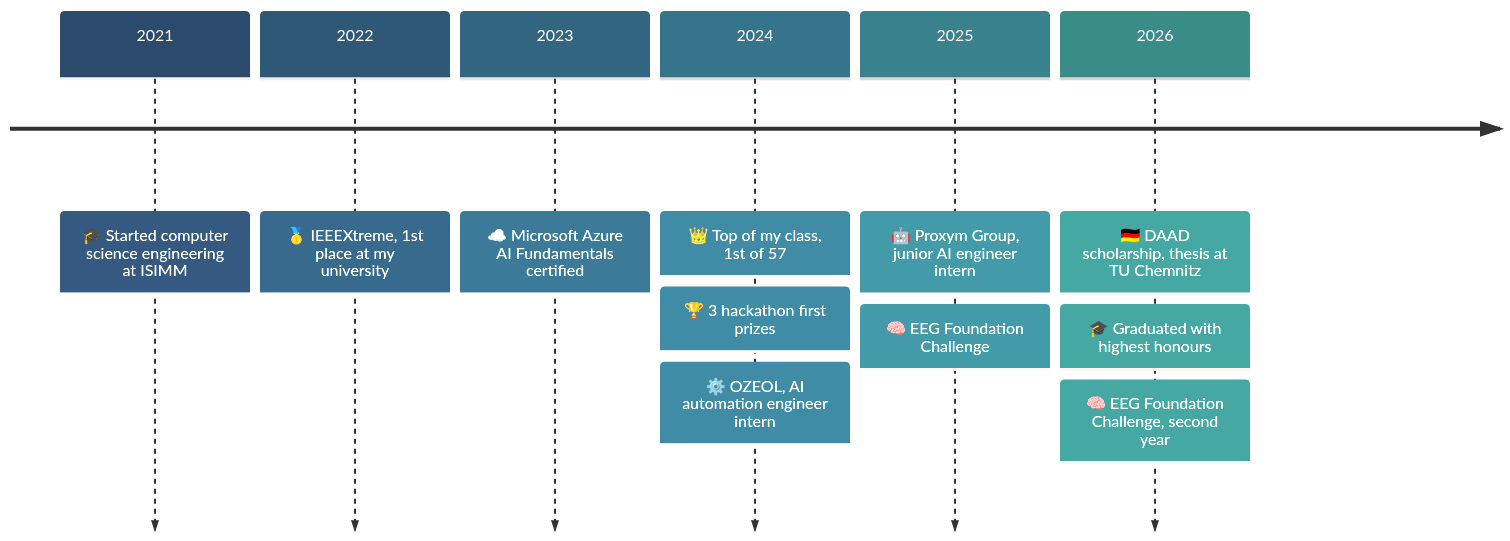
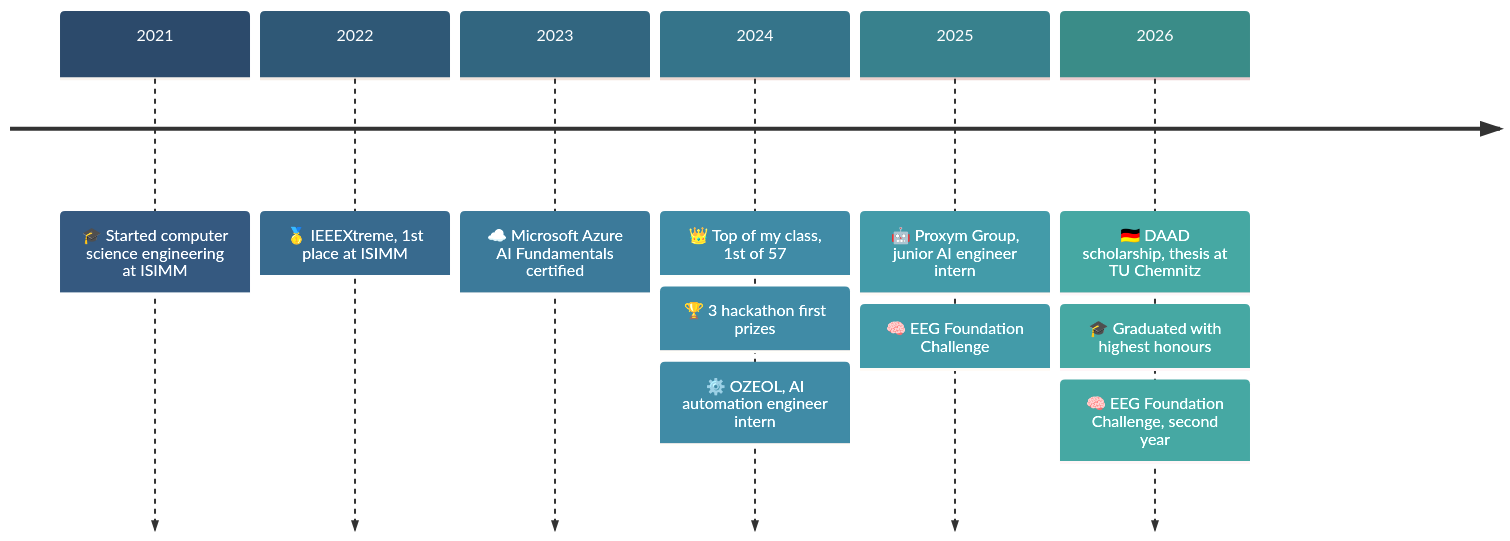
Before and after one commit to Dhia-dbh/Dhia-dbh: the diagram in README.md, drawn with Mermaid. The commit also changed other lines of this file, not shown here.

Commit message:
Update university references in README.md

````diff
--- a/README.md
+++ b/README.md
@@ -25,15 +25,15 @@
 ```mermaid
 %%{init: {'theme': 'base', 'themeVariables': {'cScale0': '#2C4A6B', 'cScaleLabel0': '#ffffff', 'cScale1': '#2F5876', 'cScaleLabel1': '#ffffff', 'cScale2': '#326680', 'cScaleLabel2': '#ffffff', 'cScale3': '#35748A', 'cScaleLabel3': '#ffffff', 'cScale4': '#38818D', 'cScaleLabel4': '#ffffff', 'cScale5': '#3A8C88', 'cScaleLabel5': '#ffffff'}}}%%
 timeline
     2021 : 🎓 Started computer science engineering at ISIMM
-    2022 : 🥇 IEEEXtreme, 1st place at my university
+    2022 : 🥇 IEEEXtreme, 1st place at ISIMM
     2023 : ☁️ Microsoft Azure AI Fundamentals certified
     2024 : 👑 Top of my class, 1st of 57
          : 🏆 3 hackathon first prizes
          : ⚙️ OZEOL, AI automation engineer intern
     2025 : 🤖 Proxym Group, junior AI engineer intern
          : 🧠 EEG Foundation Challenge
     2026 : 🇩🇪 DAAD scholarship, thesis at TU Chemnitz
          : 🎓 Graduated with highest honours
          : 🧠 EEG Foundation Challenge, second year
 ```
````
